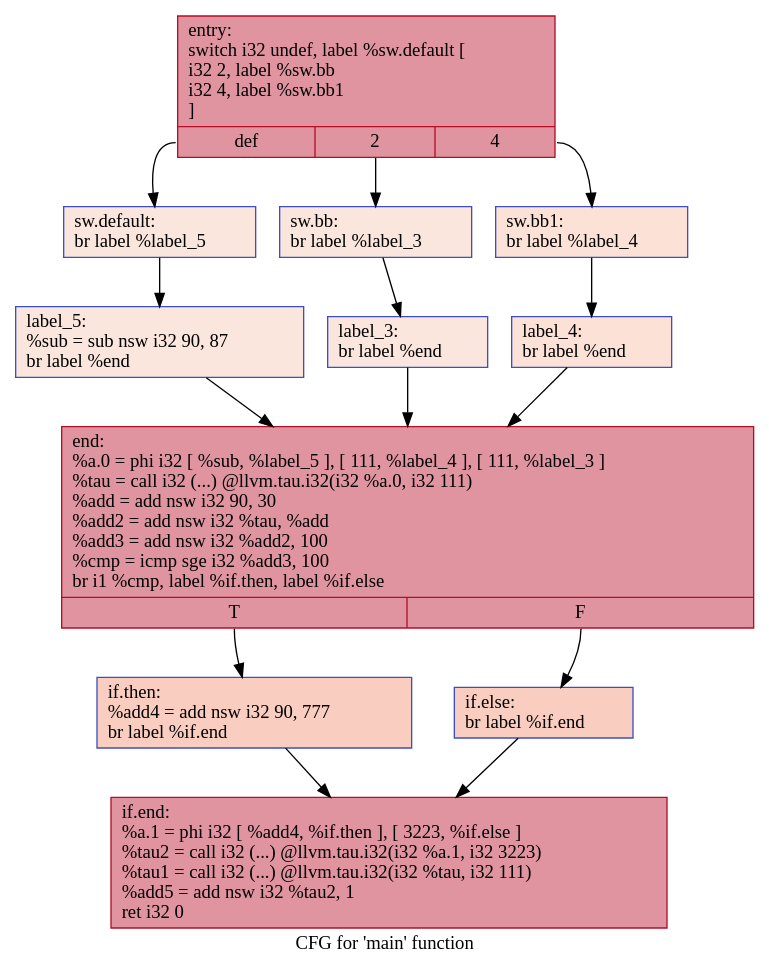
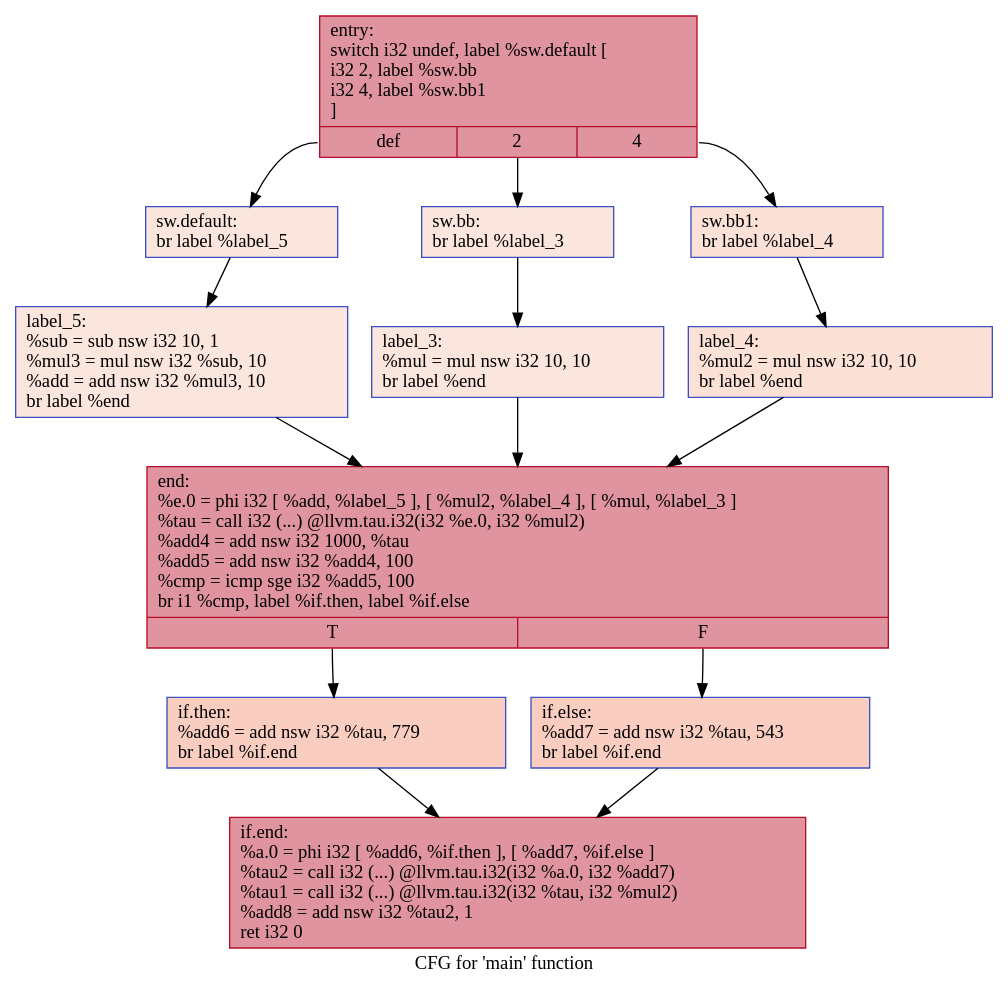
One commit to HPSSA-LLVM/HPSSA-LLVM changed the diagram in IR/cfg/withHPSSA.dot. Above: the diagram before and after it, drawn with Graphviz. The commit also changed 35 other files, not shown here.

```diff
--- a/IR/cfg/withHPSSA.dot
+++ b/IR/cfg/withHPSSA.dot
@@ -1,28 +1,28 @@
 digraph "CFG for 'main' function" {
 	label="CFG for 'main' function";
 
-	Node0x55fbd75d2940 [shape=record,color="#b70d28ff", style=filled, fillcolor="#b70d2870",label="{entry:\l  switch i32 undef, label %sw.default [\l    i32 2, label %sw.bb\l    i32 4, label %sw.bb1\l  ]\l|{<s0>def|<s1>2|<s2>4}}"];
-	Node0x55fbd75d2940:s0 -> Node0x55fbd75d2ea0;
-	Node0x55fbd75d2940:s1 -> Node0x55fbd75d2f20;
-	Node0x55fbd75d2940:s2 -> Node0x55fbd75d2fc0;
-	Node0x55fbd75d2f20 [shape=record,color="#3d50c3ff", style=filled, fillcolor="#f3c7b170",label="{sw.bb:                                            \l  br label %label_3\l}"];
-	Node0x55fbd75d2f20 -> Node0x55fbd75d3150;
-	Node0x55fbd75d2fc0 [shape=record,color="#3d50c3ff", style=filled, fillcolor="#f7bca170",label="{sw.bb1:                                           \l  br label %label_4\l}"];
-	Node0x55fbd75d2fc0 -> Node0x55fbd75d3230;
-	Node0x55fbd75d2ea0 [shape=record,color="#3d50c3ff", style=filled, fillcolor="#f3c7b170",label="{sw.default:                                       \l  br label %label_5\l}"];
-	Node0x55fbd75d2ea0 -> Node0x55fbd75d3310;
-	Node0x55fbd75d3150 [shape=record,color="#3d50c3ff", style=filled, fillcolor="#f3c7b170",label="{label_3:                                          \l  br label %end\l}"];
-	Node0x55fbd75d3150 -> Node0x55fbd75d33f0;
-	Node0x55fbd75d3230 [shape=record,color="#3d50c3ff", style=filled, fillcolor="#f7bca170",label="{label_4:                                          \l  br label %end\l}"];
-	Node0x55fbd75d3230 -> Node0x55fbd75d33f0;
-	Node0x55fbd75d3310 [shape=record,color="#3d50c3ff", style=filled, fillcolor="#f3c7b170",label="{label_5:                                          \l  %sub = sub nsw i32 90, 87\l  br label %end\l}"];
-	Node0x55fbd75d3310 -> Node0x55fbd75d33f0;
-	Node0x55fbd75d33f0 [shape=record,color="#b70d28ff", style=filled, fillcolor="#b70d2870",label="{end:                                              \l  %a.0 = phi i32 [ %sub, %label_5 ], [ 111, %label_4 ], [ 111, %label_3 ]\l  %tau = call i32 (...) @llvm.tau.i32(i32 %a.0, i32 111)\l  %add = add nsw i32 90, 30\l  %add2 = add nsw i32 %tau, %add\l  %add3 = add nsw i32 %add2, 100\l  %cmp = icmp sge i32 %add3, 100\l  br i1 %cmp, label %if.then, label %if.else\l|{<s0>T|<s1>F}}"];
-	Node0x55fbd75d33f0:s0 -> Node0x55fbd75d3e90;
-	Node0x55fbd75d33f0:s1 -> Node0x55fbd75d3f00;
-	Node0x55fbd75d3e90 [shape=record,color="#3d50c3ff", style=filled, fillcolor="#f2907270",label="{if.then:                                          \l  %add4 = add nsw i32 90, 777\l  br label %if.end\l}"];
-	Node0x55fbd75d3e90 -> Node0x55fbd75d4100;
-	Node0x55fbd75d3f00 [shape=record,color="#3d50c3ff", style=filled, fillcolor="#f2907270",label="{if.else:                                          \l  br label %if.end\l}"];
-	Node0x55fbd75d3f00 -> Node0x55fbd75d4100;
-	Node0x55fbd75d4100 [shape=record,color="#b70d28ff", style=filled, fillcolor="#b70d2870",label="{if.end:                                           \l  %a.1 = phi i32 [ %add4, %if.then ], [ 3223, %if.else ]\l  %tau2 = call i32 (...) @llvm.tau.i32(i32 %a.1, i32 3223)\l  %tau1 = call i32 (...) @llvm.tau.i32(i32 %tau, i32 111)\l  %add5 = add nsw i32 %tau2, 1\l  ret i32 0\l}"];
+	Node0x55b3ff3349d0 [shape=record,color="#b70d28ff", style=filled, fillcolor="#b70d2870",label="{entry:\l  switch i32 undef, label %sw.default [\l    i32 2, label %sw.bb\l    i32 4, label %sw.bb1\l  ]\l|{<s0>def|<s1>2|<s2>4}}"];
+	Node0x55b3ff3349d0:s0 -> Node0x55b3ff334f30;
+	Node0x55b3ff3349d0:s1 -> Node0x55b3ff334fb0;
+	Node0x55b3ff3349d0:s2 -> Node0x55b3ff335050;
+	Node0x55b3ff334fb0 [shape=record,color="#3d50c3ff", style=filled, fillcolor="#f3c7b170",label="{sw.bb:                                            \l  br label %label_3\l}"];
+	Node0x55b3ff334fb0 -> Node0x55b3ff3351e0;
+	Node0x55b3ff335050 [shape=record,color="#3d50c3ff", style=filled, fillcolor="#f7bca170",label="{sw.bb1:                                           \l  br label %label_4\l}"];
+	Node0x55b3ff335050 -> Node0x55b3ff3352c0;
+	Node0x55b3ff334f30 [shape=record,color="#3d50c3ff", style=filled, fillcolor="#f3c7b170",label="{sw.default:                                       \l  br label %label_5\l}"];
+	Node0x55b3ff334f30 -> Node0x55b3ff3353a0;
+	Node0x55b3ff3351e0 [shape=record,color="#3d50c3ff", style=filled, fillcolor="#f3c7b170",label="{label_3:                                          \l  %mul = mul nsw i32 10, 10\l  br label %end\l}"];
+	Node0x55b3ff3351e0 -> Node0x55b3ff335560;
+	Node0x55b3ff3352c0 [shape=record,color="#3d50c3ff", style=filled, fillcolor="#f7bca170",label="{label_4:                                          \l  %mul2 = mul nsw i32 10, 10\l  br label %end\l}"];
+	Node0x55b3ff3352c0 -> Node0x55b3ff335560;
+	Node0x55b3ff3353a0 [shape=record,color="#3d50c3ff", style=filled, fillcolor="#f3c7b170",label="{label_5:                                          \l  %sub = sub nsw i32 10, 1\l  %mul3 = mul nsw i32 %sub, 10\l  %add = add nsw i32 %mul3, 10\l  br label %end\l}"];
+	Node0x55b3ff3353a0 -> Node0x55b3ff335560;
+	Node0x55b3ff335560 [shape=record,color="#b70d28ff", style=filled, fillcolor="#b70d2870",label="{end:                                              \l  %e.0 = phi i32 [ %add, %label_5 ], [ %mul2, %label_4 ], [ %mul, %label_3 ]\l  %tau = call i32 (...) @llvm.tau.i32(i32 %e.0, i32 %mul2)\l  %add4 = add nsw i32 1000, %tau\l  %add5 = add nsw i32 %add4, 100\l  %cmp = icmp sge i32 %add5, 100\l  br i1 %cmp, label %if.then, label %if.else\l|{<s0>T|<s1>F}}"];
+	Node0x55b3ff335560:s0 -> Node0x55b3ff336100;
+	Node0x55b3ff335560:s1 -> Node0x55b3ff336170;
+	Node0x55b3ff336100 [shape=record,color="#3d50c3ff", style=filled, fillcolor="#f2907270",label="{if.then:                                          \l  %add6 = add nsw i32 %tau, 779\l  br label %if.end\l}"];
+	Node0x55b3ff336100 -> Node0x55b3ff336370;
+	Node0x55b3ff336170 [shape=record,color="#3d50c3ff", style=filled, fillcolor="#f2907270",label="{if.else:                                          \l  %add7 = add nsw i32 %tau, 543\l  br label %if.end\l}"];
+	Node0x55b3ff336170 -> Node0x55b3ff336370;
+	Node0x55b3ff336370 [shape=record,color="#b70d28ff", style=filled, fillcolor="#b70d2870",label="{if.end:                                           \l  %a.0 = phi i32 [ %add6, %if.then ], [ %add7, %if.else ]\l  %tau2 = call i32 (...) @llvm.tau.i32(i32 %a.0, i32 %add7)\l  %tau1 = call i32 (...) @llvm.tau.i32(i32 %tau, i32 %mul2)\l  %add8 = add nsw i32 %tau2, 1\l  ret i32 0\l}"];
 }
```
